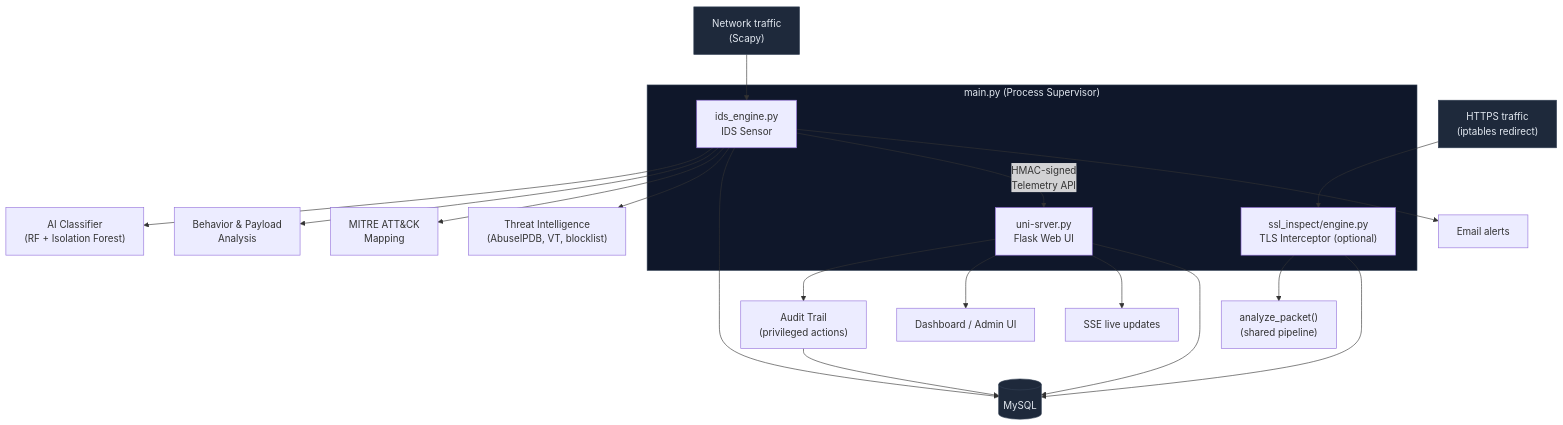
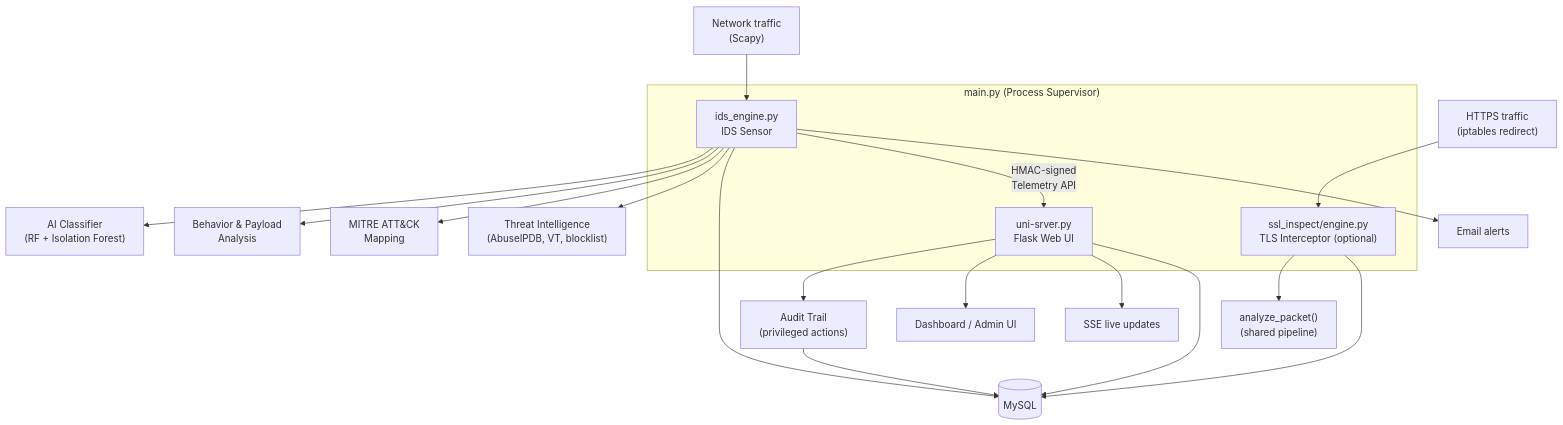
The diagram in README.md (kamalx06/ids-bachelor-thesis), drawn with Mermaid before and after one commit. The commit also changed other lines of this file and 7 other files, not shown here.

````diff
--- a/README.md
+++ b/README.md
@@ -60,30 +66,25 @@
 ```mermaid
 flowchart TB
     subgraph supervisor["main.py (Process Supervisor)"]
         WEB["uni-srver.py<br/>Flask Web UI"]
         IDS["ids_engine.py<br/>IDS Sensor"]
         SSL["ssl_inspect/engine.py<br/>TLS Interceptor (optional)"]
     end
 
     PCAP["Network traffic<br/>(Scapy)"] --> IDS
     HTTPS["HTTPS traffic<br/>(iptables redirect)"] --> SSL
     SSL --> ANALYZE["analyze_packet()<br/>(shared pipeline)"]
     IDS --> ML["AI Classifier<br/>(RF + Isolation Forest)"]
     IDS --> BEH["Behavior & Payload<br/>Analysis"]
     IDS --> MITRE["MITRE ATT&CK<br/>Mapping"]
     IDS --> TI["Threat Intelligence<br/>(AbuseIPDB, VT, blocklist)"]
     IDS --> MYSQL[(MySQL)]
     SSL --> MYSQL
     WEB --> AUDIT["Audit Trail<br/>(privileged actions)"]
     AUDIT --> MYSQL
     IDS -->|"HMAC-signed<br/>Telemetry API"| WEB
     WEB --> DASH["Dashboard / Admin UI"]
     WEB --> SSE["SSE live updates"]
     WEB --> MYSQL
     IDS --> ALERT["Email alerts"]
-
-    style supervisor fill:#0f172a,stroke:#334155,color:#e2e8f0
-    style PCAP fill:#1e293b,stroke:#334155,color:#e2e8f0
-    style HTTPS fill:#1e293b,stroke:#334155,color:#e2e8f0
-    style MYSQL fill:#1e293b,stroke:#334155,color:#e2e8f0
 ```
````
